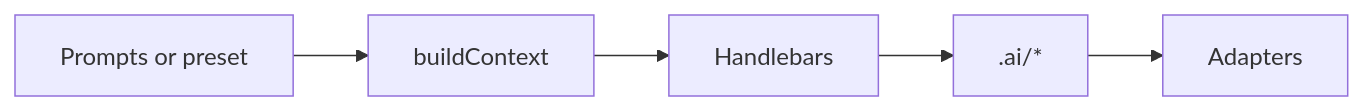
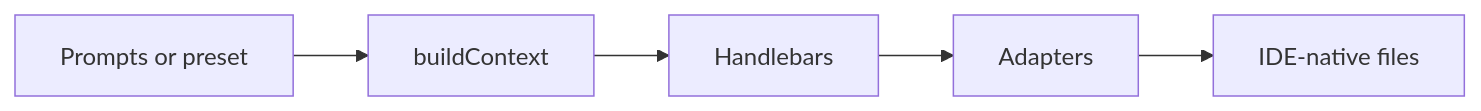
Before and after one commit to JeelVankhede/frontend-ai-starter-recipes: the diagram in website/guide/2-how-it-works.md, drawn with Mermaid. The commit also changed other lines of this file and 28 other files, not shown here.

````diff
--- a/website/guide/2-how-it-works.md
+++ b/website/guide/2-how-it-works.md
@@ -5,7 +5,7 @@
 ```mermaid
 flowchart LR
   P[Prompts or preset] --> C[buildContext]
   C --> H[Handlebars]
-  H --> AI[".ai/*"]
-  AI --> AD[Adapters]
+  H --> AD[Adapters]
+  AD --> IDE[IDE-native files]
 ```
````
